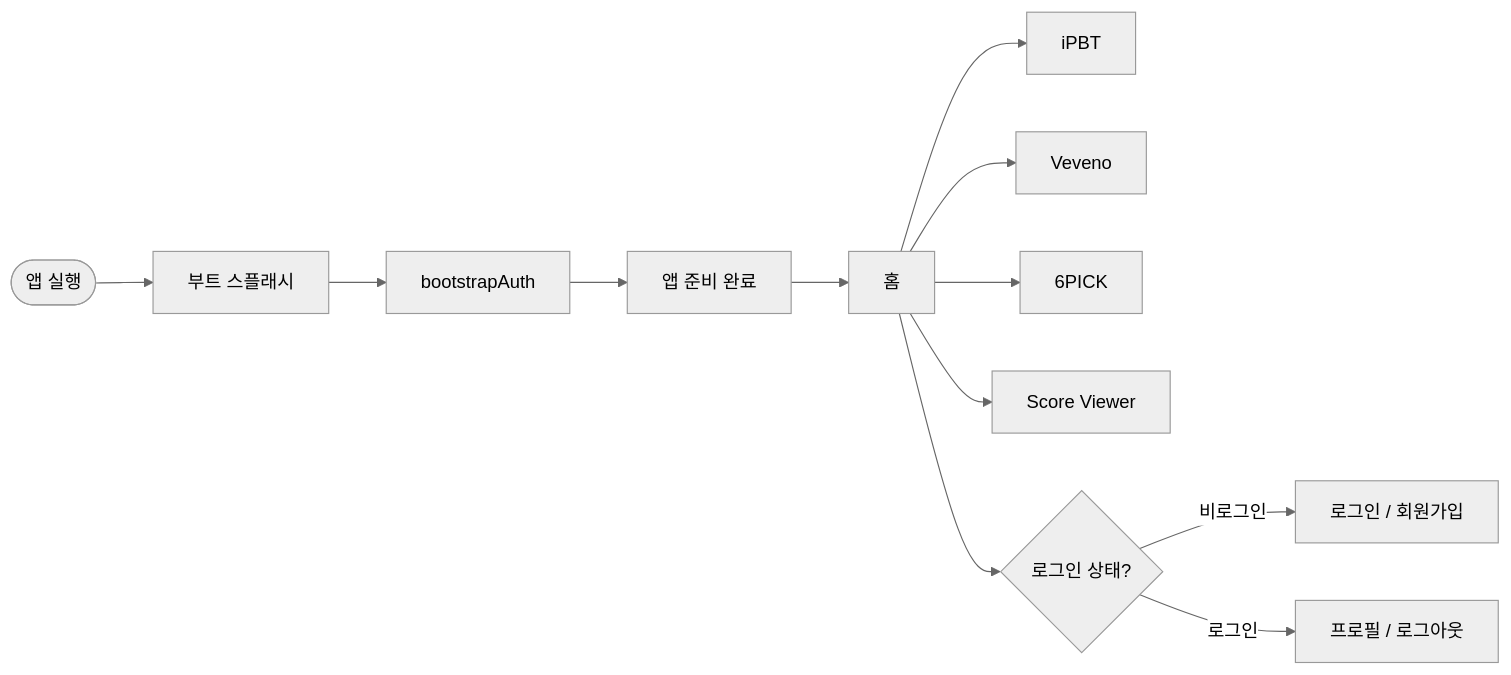
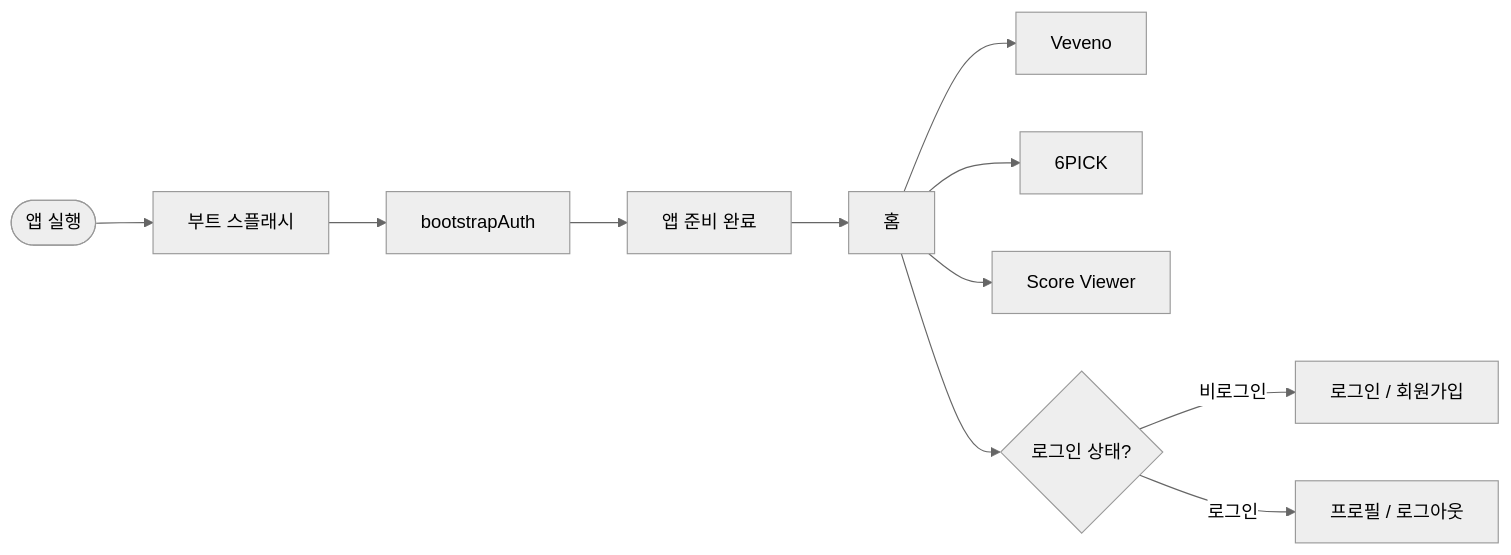
The first of 17 diagrams in docs/PBB-유저-흐름도.md (ohdeg/PBB), drawn with Mermaid (neutral theme) before and after one commit. The commit also changed other lines of this file and 85 other files, not shown here.

````diff
--- a/docs/PBB-유저-흐름도.md
+++ b/docs/PBB-유저-흐름도.md
@@ -16,15 +16,14 @@
 ```mermaid
 flowchart LR
     start([앱 실행]) --> splash[부트 스플래시]
     splash --> boot[bootstrapAuth]
     boot --> ready[앱 준비 완료]
     ready --> home[홈]
 
-    home --> baseball[iPBT]
     home --> brew[Veveno]
     home --> lotto[6PICK]
     home --> score[Score Viewer]
     home --> authCheck{로그인 상태?}
     authCheck -->|"비로그인"| loginEntry[로그인 / 회원가입]
     authCheck -->|"로그인"| profileEntry[프로필 / 로그아웃]
 ```
````
